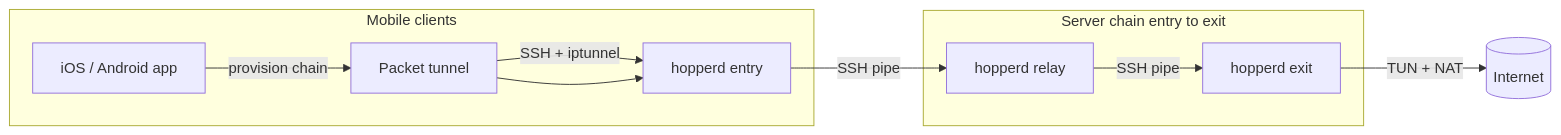
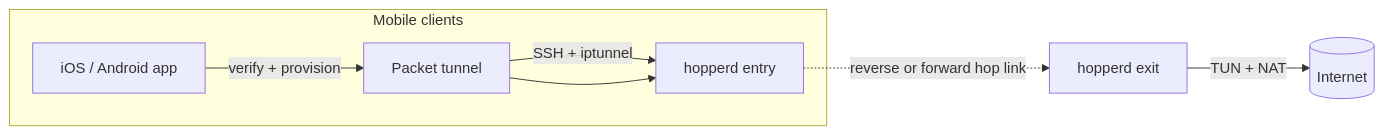
Before and after one commit to RikCost/hopper: the first of 4 diagrams in README.md, drawn with Mermaid. The commit also changed other lines of this file and 37 other files, not shown here.

Commit message:
3.1.0 with one-hop chain entry, reverse links and fixes

````diff
--- a/README.md
+++ b/README.md
@@ -84,20 +86,15 @@
 ```mermaid
 flowchart LR
   subgraph clients [Mobile clients]
     App[iOS / Android app]
     Tunnel[Packet tunnel]
-    App -->|provision chain| Tunnel
+    App -->|verify + provision| Tunnel
     Tunnel -->|SSH + iptunnel| Entry
   end
 
-  subgraph chain [Server chain entry to exit]
-    Entry[hopperd entry]
-    Relay[hopperd relay]
-    Exit[hopperd exit]
-    Entry -->|SSH pipe| Relay
-    Relay -->|SSH pipe| Exit
-  end
-
+  Entry[hopperd entry]
+  Exit[hopperd exit]
   Tunnel --> Entry
+  Entry -.->|reverse or forward hop link| Exit
   Exit -->|TUN + NAT| Internet[(Internet)]
 ```
````
